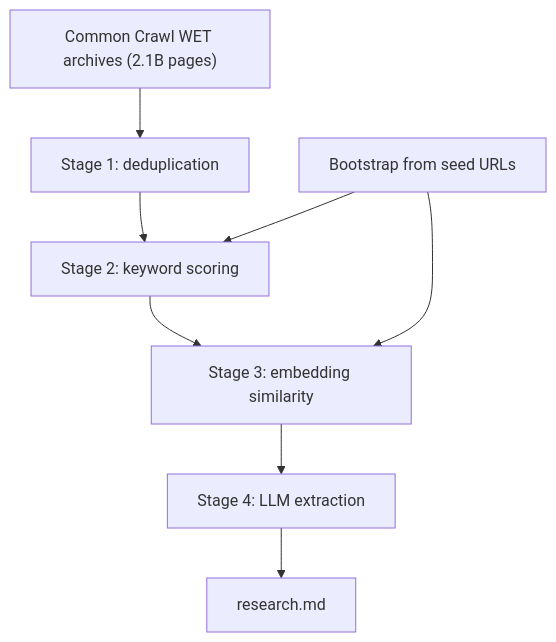
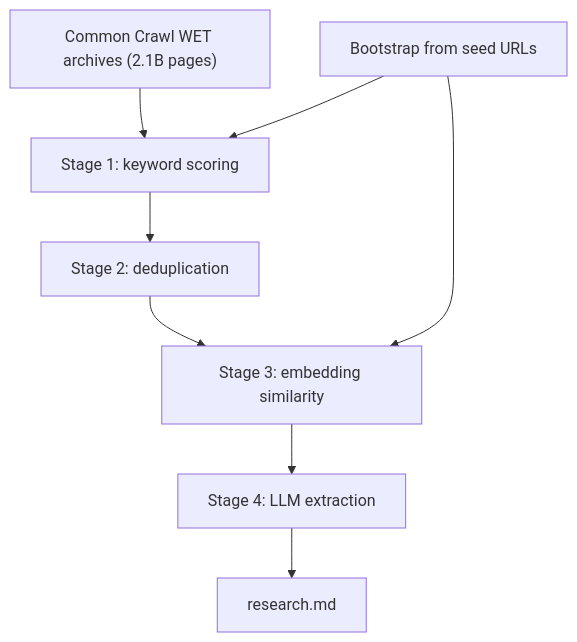
One commit to D3MZ/MonsieurPapin.jl changed the diagram in README.md. Above: the diagram before and after it, drawn with Mermaid. The commit also changed other lines of this file and 1 other file, not shown here.

Commit message:
Reorder pipeline: keyword scoring before SimHash dedup
Run the waterfall fastest-filter-first — Aho-Corasick keyword scoring
(19k records/s) now precedes SimHash deduplication (7.3k records/s),
which precedes embedding (~700 records/s): keyword -> dedup -> embedding
-> LLM. Dedup now runs on the keyword shortlist rather than the full
stream.

- Generalize unique(seen, source) to accept any iterable (derives T from
  eltype), so it can consume the keyword-shortlist BoundedPriorityQueue
  as well as a raw Channel.
- pipeline now wires select(ac) -> unique -> select(query); signature
  gains the SeenSet; both research methods updated.
- README: move the SimHash row below Aho-Corasick, reorder the mermaid
  stages, and correct the now-stale "front stages" / "dropped before
  scoring" prose.

````diff
--- a/README.md
+++ b/README.md
@@ -96,11 +96,11 @@
 ```mermaid
 flowchart TD
-    A["Common Crawl WET archives (2.1B pages)"] --> B["Stage 1: deduplication"]
-    B --> C["Stage 2: keyword scoring"]
+    A["Common Crawl WET archives (2.1B pages)"] --> B["Stage 1: keyword scoring"]
+    B --> C["Stage 2: deduplication"]
     C --> D["Stage 3: embedding similarity"]
     D --> E["Stage 4: LLM extraction"]
     E --> F["research.md"]
 
-    G["Bootstrap from seed URLs"] --> C
+    G["Bootstrap from seed URLs"] --> B
     G --> D
 ```
````
